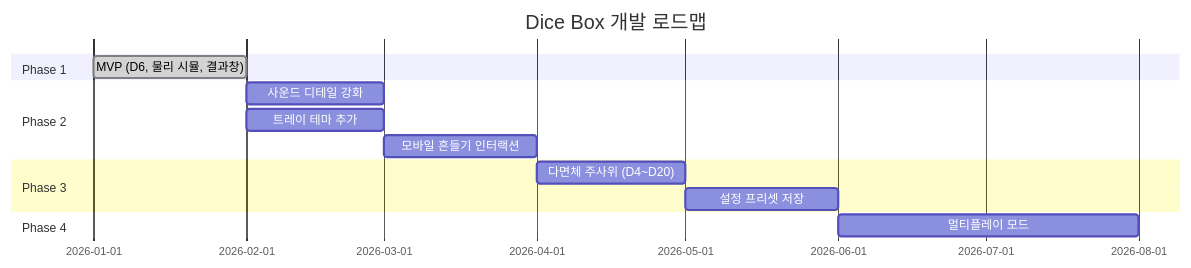
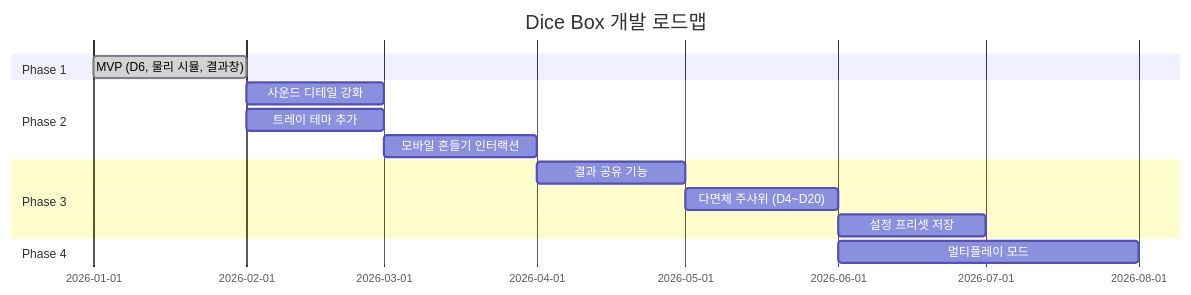
One commit to SeokHunPark/DiceBox changed the diagram in gemini.md. Above: the diagram before and after it, drawn with Mermaid. The commit also changed 4 other files, not shown here.

````diff
--- a/gemini.md
+++ b/gemini.md
@@ -101,16 +101,17 @@
 ```mermaid
 gantt
     title Dice Box 개발 로드맵
     dateFormat  YYYY-MM
     section Phase 1
     MVP (D6, 물리 시뮬, 결과창)     :done, p1, 2026-01, 1M
     section Phase 2
     사운드 디테일 강화              :p2a, after p1, 1M
     트레이 테마 추가                :p2b, after p1, 1M
     모바일 흔들기 인터랙션          :p2c, after p2a, 1M
     section Phase 3
-    다면체 주사위 (D4~D20)          :p3a, after p2c, 1M
-    설정 프리셋 저장                :p3b, after p3a, 1M
+    결과 공유 기능                :p3a, after p2c, 1M
+    다면체 주사위 (D4~D20)          :p3b, after p3a, 1M
+    설정 프리셋 저장                :p3c, after p3b, 1M
     section Phase 4
     멀티플레이 모드                 :p4, after p3b, 2M
 ```
````
